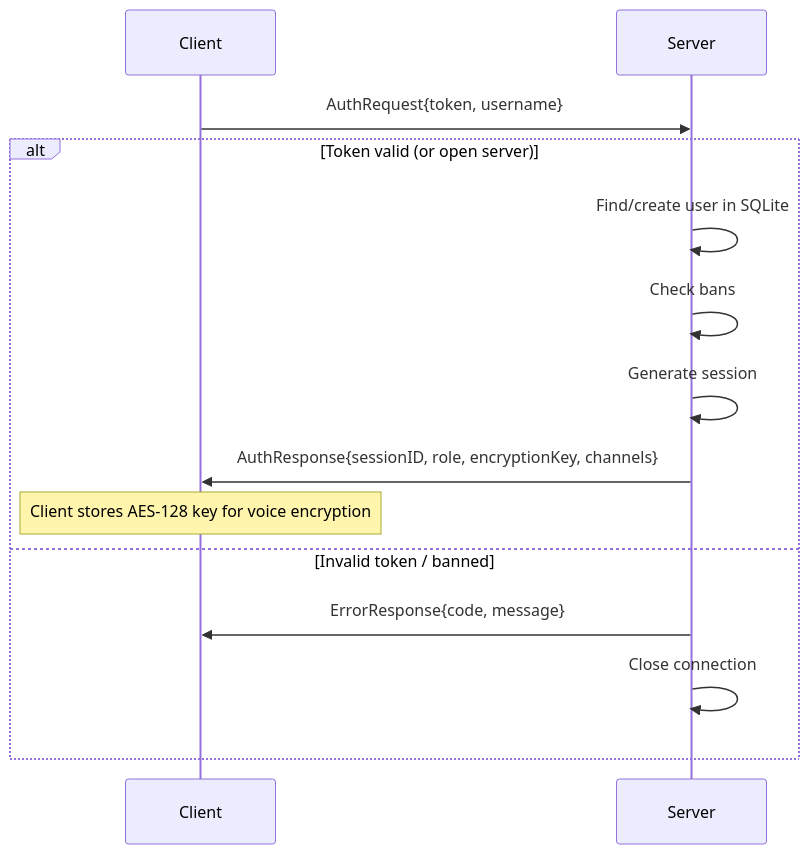
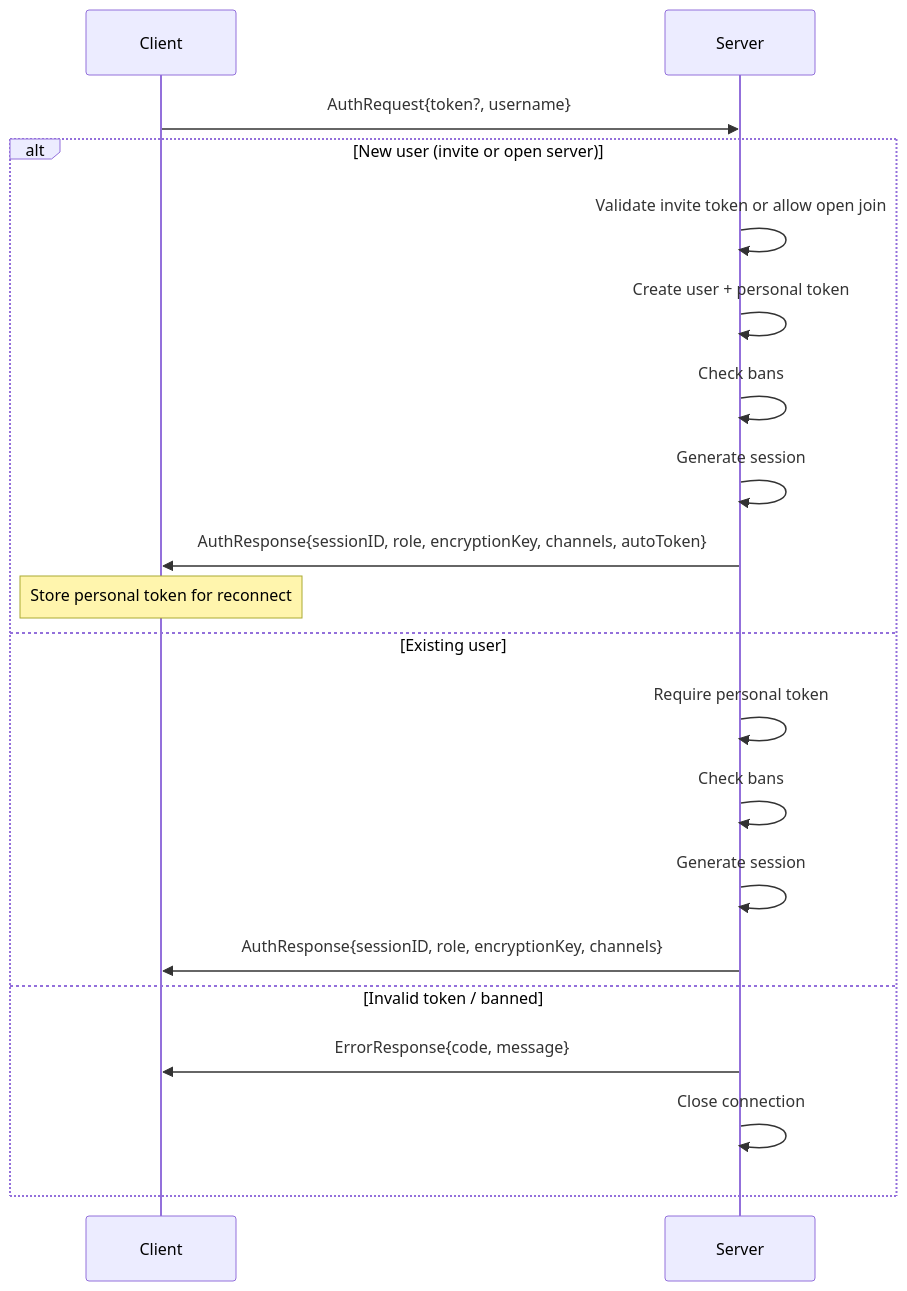
One commit to NicolasHaas/gospeak changed the first of 4 diagrams in docs/protocol.md. Above: the diagram before and after it, drawn with Mermaid. The commit also changed 4 other files, not shown here.

First line of the commit message:
docs: explain personal token auth

````diff
--- a/docs/protocol.md
+++ b/docs/protocol.md
@@ -50,17 +50,23 @@
 ```mermaid
 sequenceDiagram
     participant C as Client
     participant S as Server
 
-    C->>S: AuthRequest{token, username}
-    alt Token valid (or open server)
-        S->>S: Find/create user in SQLite
+    C->>S: AuthRequest{token?, username}
+    alt New user (invite or open server)
+        S->>S: Validate invite token or allow open join
+        S->>S: Create user + personal token
+        S->>S: Check bans
+        S->>S: Generate session
+        S->>C: AuthResponse{sessionID, role, encryptionKey, channels, autoToken}
+        Note over C: Store personal token for reconnect
+    else Existing user
+        S->>S: Require personal token
         S->>S: Check bans
         S->>S: Generate session
         S->>C: AuthResponse{sessionID, role, encryptionKey, channels}
-        Note over C: Client stores AES-128 key for voice encryption
     else Invalid token / banned
         S->>C: ErrorResponse{code, message}
         S->>S: Close connection
     end
 ```
````
